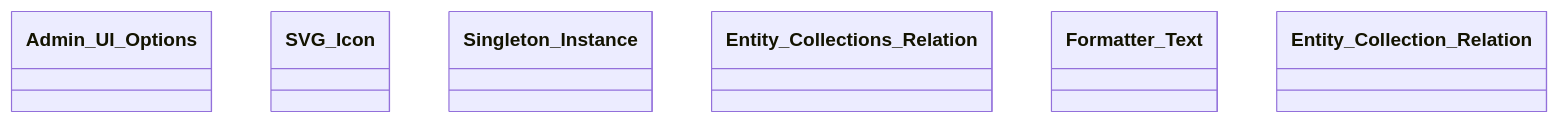
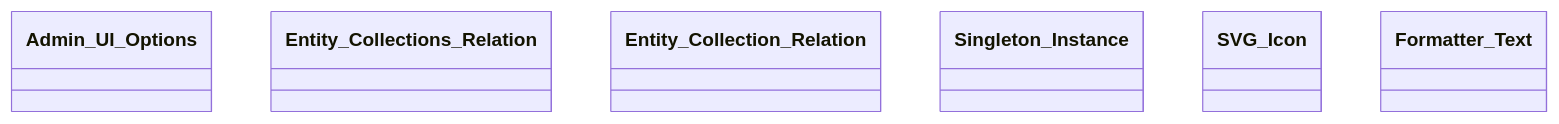
One commit to tainacan/tainacan changed diagram 13 of 13 in docs/phpdoc/Home.md. Above: the diagram before and after it, drawn with Mermaid. The commit also changed other lines of this file and 84 other files, not shown here.

````diff
--- a/docs/phpdoc/Home.md
+++ b/docs/phpdoc/Home.md
@@ -762,10 +762,10 @@
 ```mermaid
 classDiagram
     direction TB
     class Admin_UI_Options { }
+    class Entity_Collections_Relation { }
+    class Entity_Collection_Relation { }
+    class Singleton_Instance { }
     class SVG_Icon { }
-    class Singleton_Instance { }
-    class Entity_Collections_Relation { }
     class Formatter_Text { }
-    class Entity_Collection_Relation { }
 ```
````
